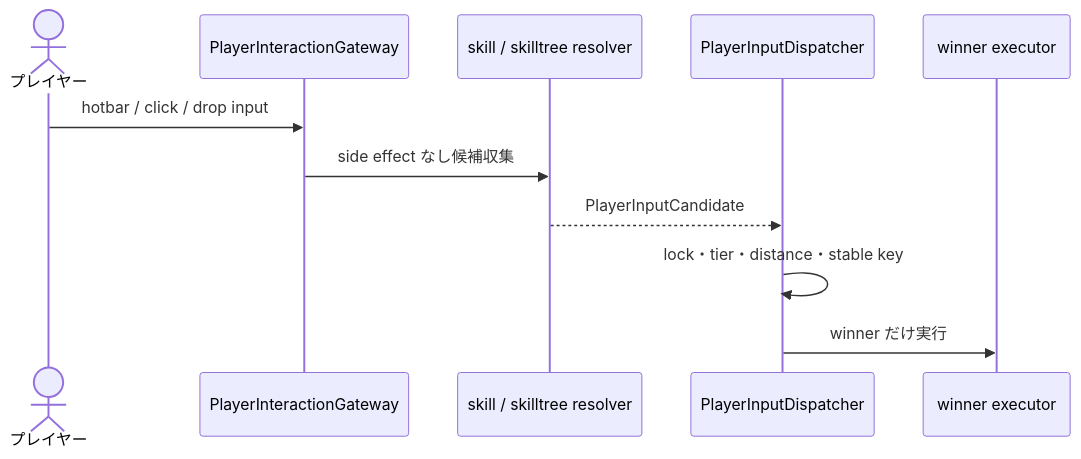
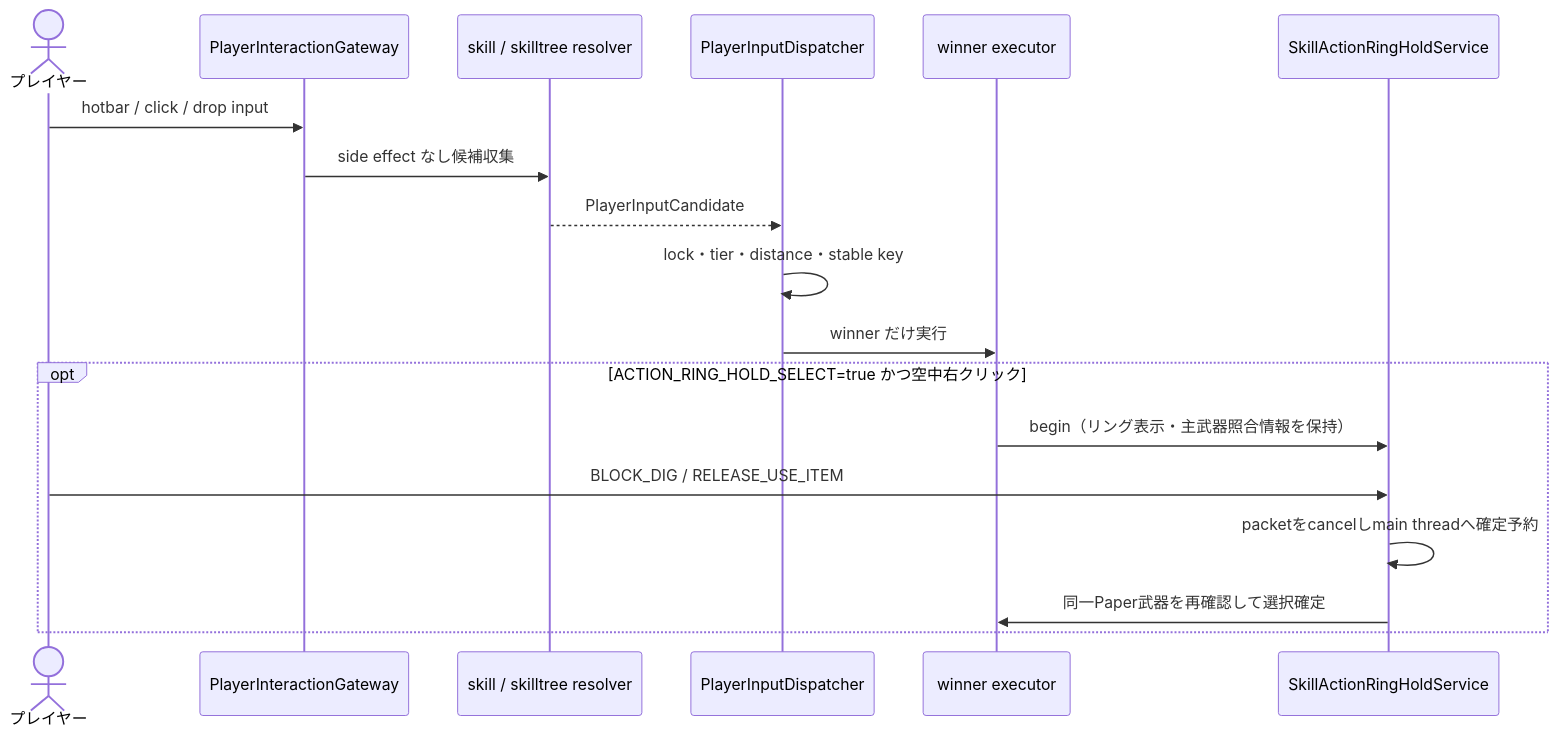
Before and after one commit to maaasu/AstralRecord-Workspace: the fourth of 4 diagrams in 00_docs/10_Plugin設計書/feature/13-skill/4-統合フロー/13_4-統合フロー.md, drawn with Mermaid. The commit also changed other lines of this file and 32 other files, not shown here.

````diff
--- a/00_docs/10_Plugin設計書/feature/13-skill/4-統合フロー/13_4-統合フロー.md
+++ b/00_docs/10_Plugin設計書/feature/13-skill/4-統合フロー/13_4-統合フロー.md
@@ -114,14 +114,21 @@
 ```mermaid
 sequenceDiagram
     actor Player as プレイヤー
     participant Gateway as PlayerInteractionGateway
     participant Resolver as skill / skilltree resolver
     participant Dispatcher as PlayerInputDispatcher
     participant Executor as winner executor
+    participant Hold as SkillActionRingHoldService
 
     Player->>Gateway: hotbar / click / drop input
     Gateway->>Resolver: side effect なし候補収集
     Resolver-->>Dispatcher: PlayerInputCandidate
     Dispatcher->>Dispatcher: lock・tier・distance・stable key
     Dispatcher->>Executor: winner だけ実行
+    opt ACTION_RING_HOLD_SELECT=true かつ空中右クリック
+        Executor->>Hold: begin（リング表示・主武器照合情報を保持）
+        Player->>Hold: BLOCK_DIG / RELEASE_USE_ITEM
+        Hold->>Hold: packetをcancelしmain threadへ確定予約
+        Hold->>Executor: 同一Paper武器を再確認して選択確定
+    end
 ```
````
